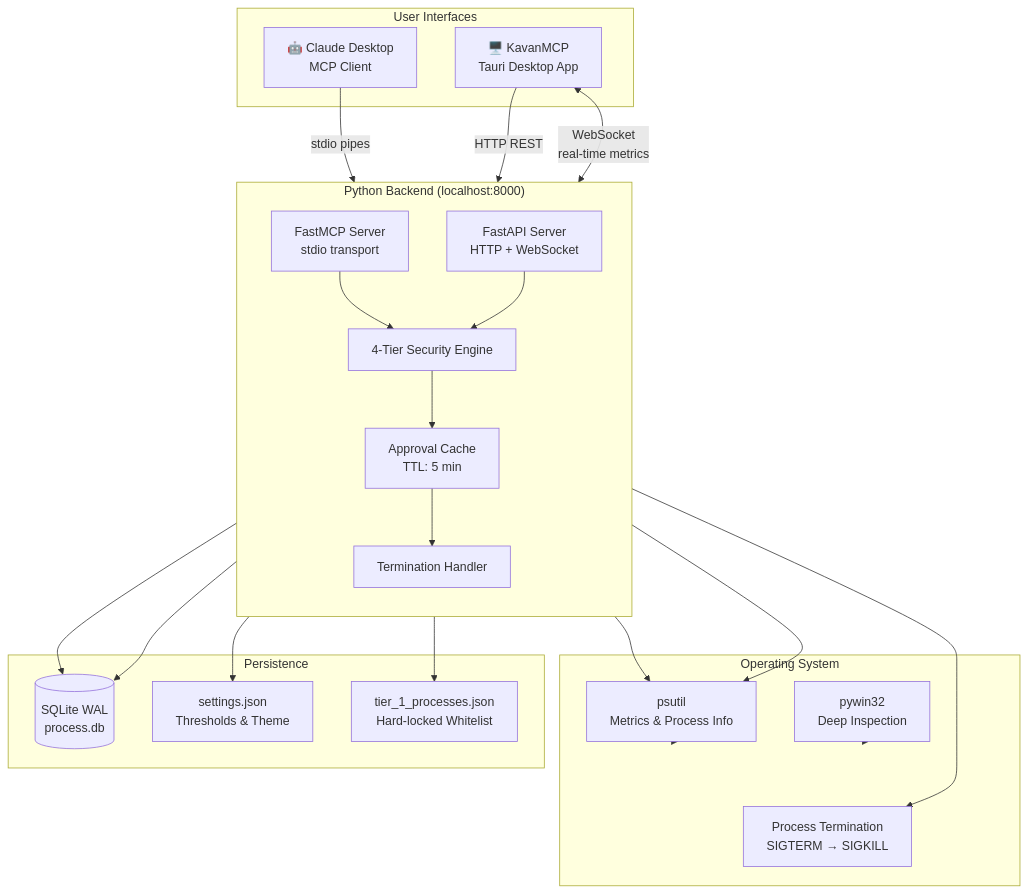
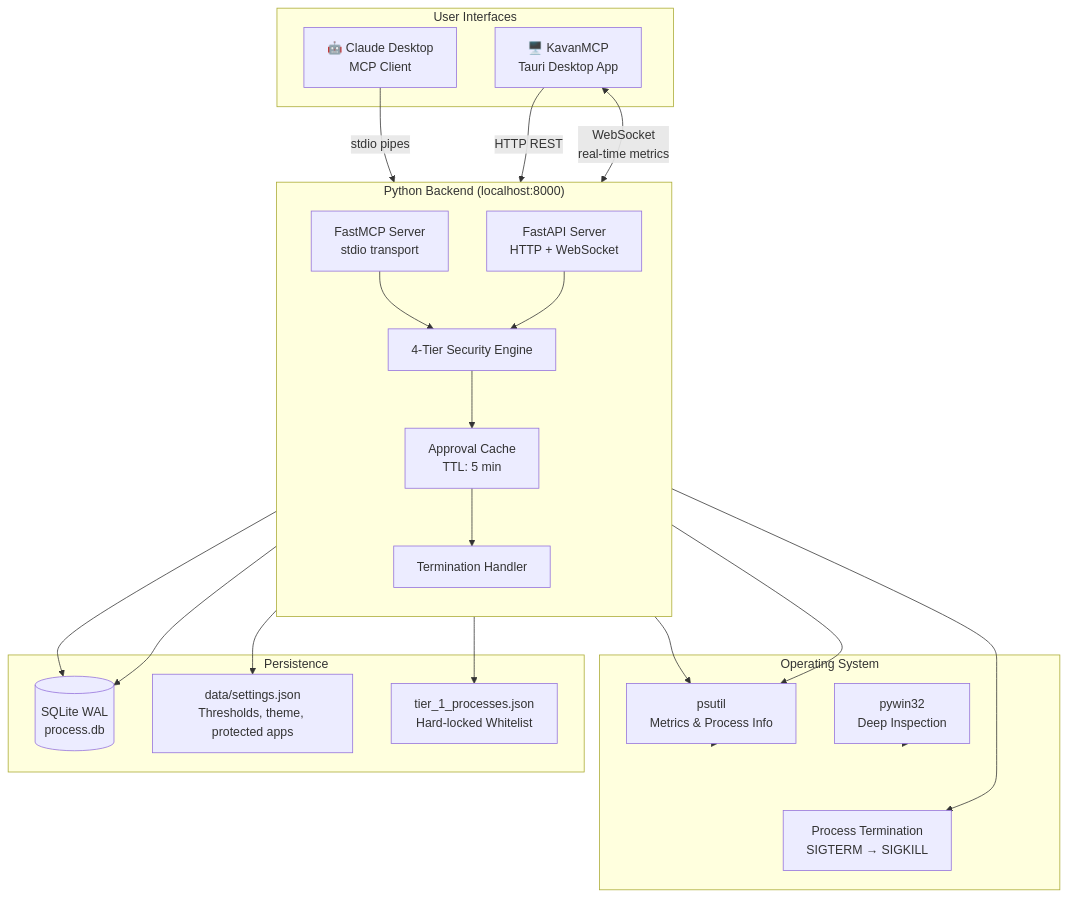
One commit to Rahul-8283/KavanMCP changed the first of 7 diagrams in README.md. Above: the diagram before and after it, drawn with Mermaid. The commit also changed other lines of this file and 1 other file, not shown here.

````diff
--- a/README.md
+++ b/README.md
@@ -69,48 +69,48 @@
 ```mermaid
 graph TB
     subgraph User["User Interfaces"]
         Claude["🤖 Claude Desktop\nMCP Client"]
         GUI["🖥️ KavanMCP\nTauri Desktop App"]
     end
 
     subgraph Backend["Python Backend (localhost:8000)"]
         direction TB
         MCP["FastMCP Server\nstdio transport"]
         API["FastAPI Server\nHTTP + WebSocket"]
         Security["4-Tier Security Engine"]
         Approval["Approval Cache\nTTL: 5 min"]
         Terminator["Termination Handler"]
     end
 
     subgraph OS["Operating System"]
         psutil["psutil\nMetrics & Process Info"]
         win32["pywin32\nDeep Inspection"]
         Kill["Process Termination\nSIGTERM → SIGKILL"]
     end
 
     subgraph Data["Persistence"]
         DB[("SQLite WAL\nprocess.db")]
-        Config["settings.json\nThresholds & Theme"]
+        Config["data/settings.json\nThresholds, theme, protected apps"]
         Whitelist["tier_1_processes.json\nHard-locked Whitelist"]
     end
 
     Claude -->|"stdio pipes"| MCP
     GUI -->|"HTTP REST"| API
     GUI <-->|"WebSocket\nreal-time metrics"| API
 
     MCP --> Security
     API --> Security
     Security --> Whitelist
     Security --> Approval
     Approval --> Terminator
     Terminator --> Kill
 
     MCP --> psutil
     API --> psutil
     psutil --> OS
     win32 --> OS
 
     Terminator --> DB
     MCP --> DB
     API --> Config
 ```
````
